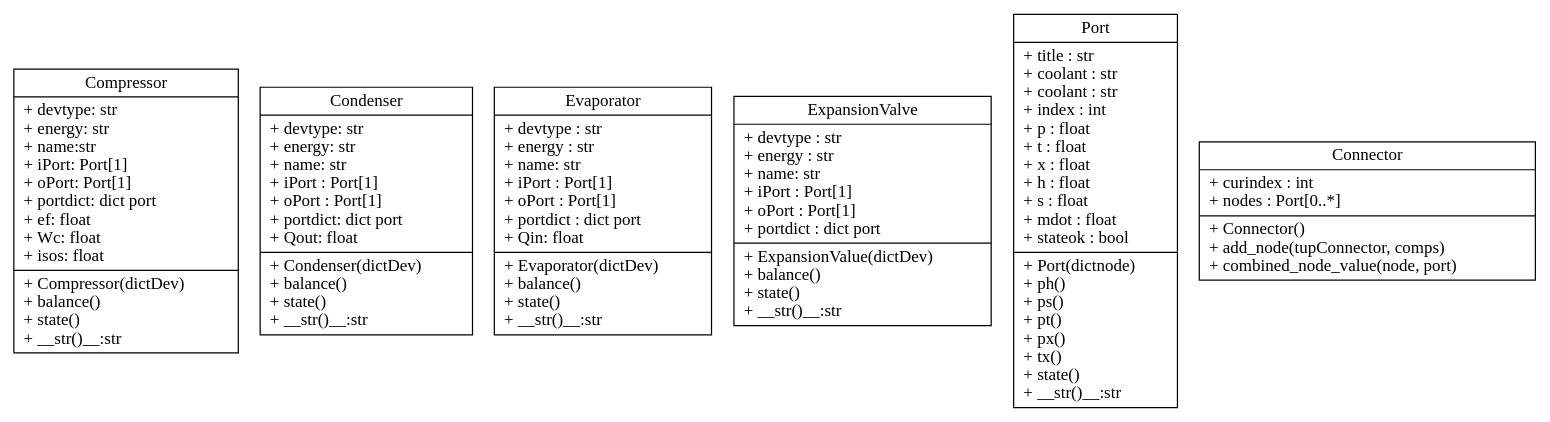
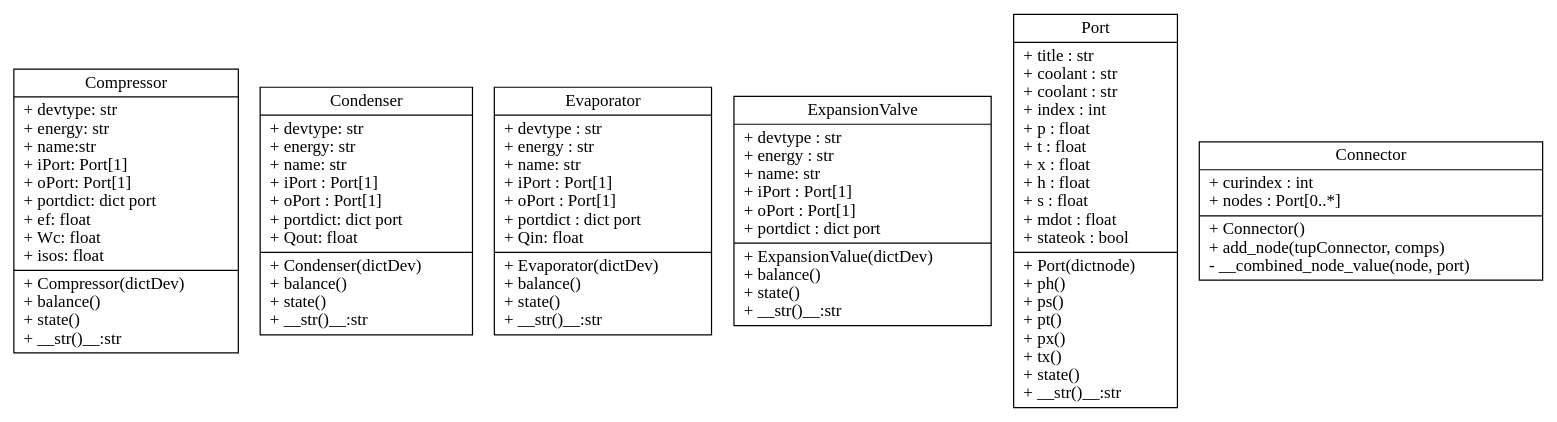
The diagram in uml/components/classes.dot (thermalogic/SimVCCE), drawn with Graphviz before and after one commit. The commit also changed 6 other files, not shown here.

```diff
--- a/uml/components/classes.dot
+++ b/uml/components/classes.dot
@@ -1,10 +1,10 @@
 digraph "classes" {
 rankdir=BT
 charset="utf-8"
 "components.compressor.Compressor" [color="black", fontcoor="black", label="{Compressor| + devtype: str\l + energy: str\l + name:str \l + iPort: Port[1]\l + oPort: Port[1]\l + portdict: dict port\l + ef: float\l + Wc: float\l + isos: float\l| + Compressor(dictDev)\l + balance()\l + state()\l + __str()__:str\l}", shape="record", style="solid"];
 "components.condenser.Condenser" [color="black", fontcolor="black", label="{Condenser| + devtype: str\l + energy: str\l + name: str\l + iPort : Port[1]\l + oPort : Port[1]\l + portdict: dict port\l + Qout: float\l| + Condenser(dictDev)\l + balance()\l + state()\l + __str()__:str\l}", shape="record", style="solid"];
 "components.evaporator.Evaporator" [color="black", fontcolor="black", label="{Evaporator| + devtype : str\l + energy : str\l + name: str\l + iPort : Port[1]\l + oPort : Port[1]\l + portdict : dict port\l + Qin: float\l| + Evaporator(dictDev)\l + balance()\l + state()\l + __str()__:str\l}", shape="record", style="solid"];
 "components.expansionvalve.ExpansionValve" [color="black", fontcolor="black", label="{ExpansionValve| + devtype : str\l + energy : str\l + name: str\l + iPort : Port[1]\l + oPort : Port[1]\l + portdict : dict port\l| + ExpansionValue(dictDev)\l + balance()\l + state()\l + __str()__:str\l}", shape="record", style="solid"];
 "components.port.Port" [color="black", fontcolor="black", label="{Port| + title : str\l + coolant : str\l + coolant : str\l + index : int\l + p : float\l + t : float\l + x : float\l + h : float\l + s : float\l + mdot : float\l + stateok : bool\l|+ Port(dictnode)\l + ph()\l + ps()\l + pt()\l + px()\l + tx()\l + state()\l + __str()__:str\l}", shape="record", style="solid"];
-"components.connector.Connector" [color="black", fontcolor="black", label="{Connector| + curindex : int\l + nodes : Port[0..*]\l| + Connector()\l + add_node(tupConnector, comps)\l + combined_node_value(node, port)\l}", shape="record", style="solid"];
+"components.connector.Connector" [color="black", fontcolor="black", label="{Connector| + curindex : int\l + nodes : Port[0..*]\l| + Connector()\l + add_node(tupConnector, comps)\l - __combined_node_value(node, port)\l}", shape="record", style="solid"];
 }
```
